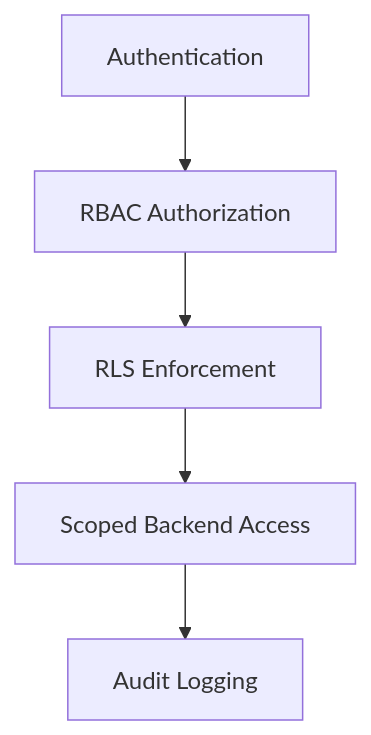
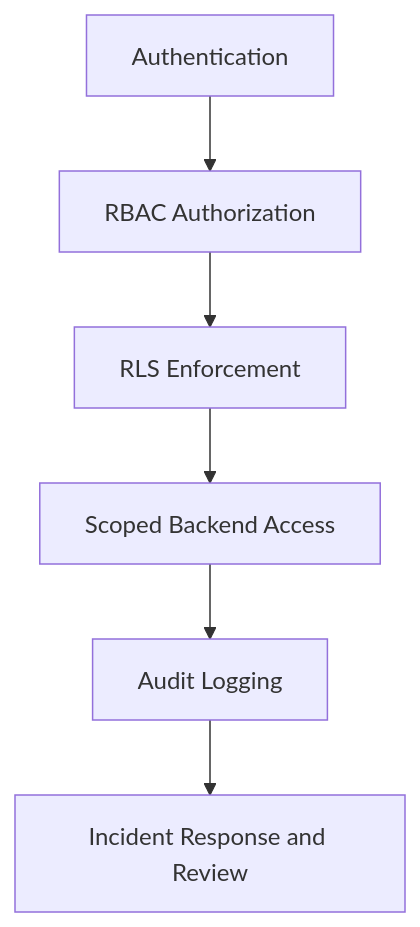
Before and after one commit to Ahsankhalid618/multi-tenant-saas-architecture: the diagram in docs/security-patterns.md, drawn with Mermaid. The commit also changed other lines of this file and 20 other files, not shown here.

````diff
--- a/docs/security-patterns.md
+++ b/docs/security-patterns.md
@@ -22,12 +23,14 @@
 ```mermaid
 flowchart TD
 
 A[Authentication]
 --> B[RBAC Authorization]
 
 B --> C[RLS Enforcement]
 
 C --> D[Scoped Backend Access]
 
 D --> E[Audit Logging]
+
+E --> F[Incident Response and Review]
 ```
````
